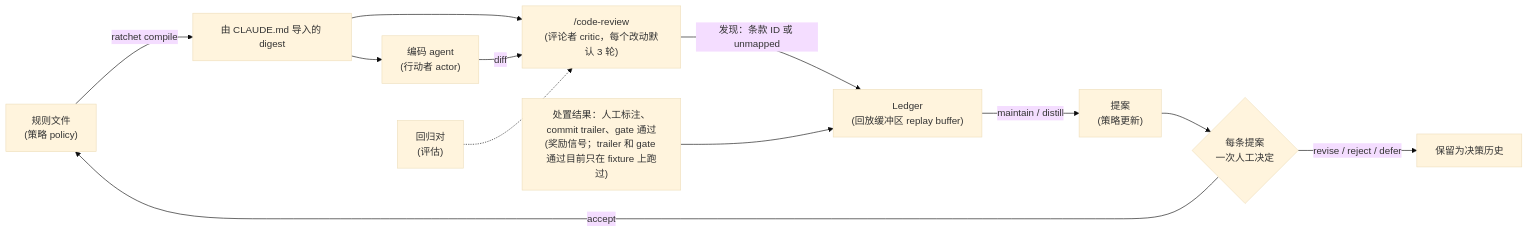
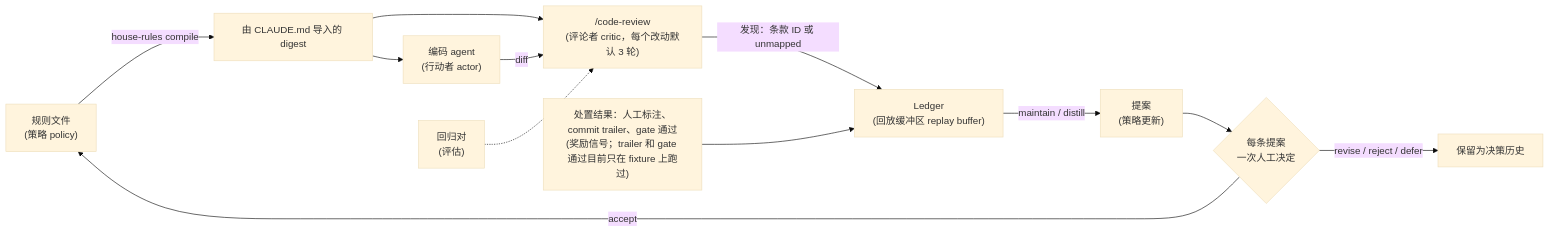
Before and after one commit to wangxuzhou666-arch/house-rules: the diagram in docs/METHOD.zh.md, drawn with Mermaid (base theme). The commit also changed other lines of this file and 20 other files, not shown here.

First line of the commit message:
docs: rename review-ratchet to house-rules

````diff
--- a/docs/METHOD.zh.md
+++ b/docs/METHOD.zh.md
@@ -36,14 +36,14 @@
 ```mermaid
 flowchart LR
-  R["规则文件<br/>(策略 policy)"] -->|"ratchet compile"| D["由 CLAUDE.md 导入的 digest"]
+  R["规则文件<br/>(策略 policy)"] -->|"house-rules compile"| D["由 CLAUDE.md 导入的 digest"]
   D --> A["编码 agent<br/>(行动者 actor)"]
   D --> C["/code-review<br/>(评论者 critic，每个改动默认 3 轮)"]
   A -->|"diff"| C
   C -->|"发现：条款 ID 或 unmapped"| L["Ledger<br/>(回放缓冲区 replay buffer)"]
   O["处置结果：人工标注、commit trailer、gate 通过<br/>(奖励信号；trailer 和 gate 通过目前只在 fixture 上跑过)"] --> L
   L -->|"maintain / distill"| P["提案<br/>(策略更新)"]
   P --> H{"每条提案<br/>一次人工决定"}
   H -->|"accept"| R
   H -->|"revise / reject / defer"| K["保留为决策历史"]
   T["回归对<br/>(评估)"] -.-> C
 ```
````
